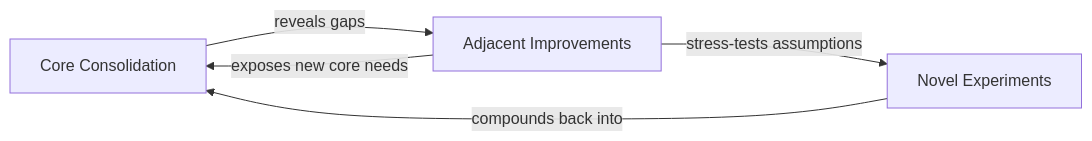
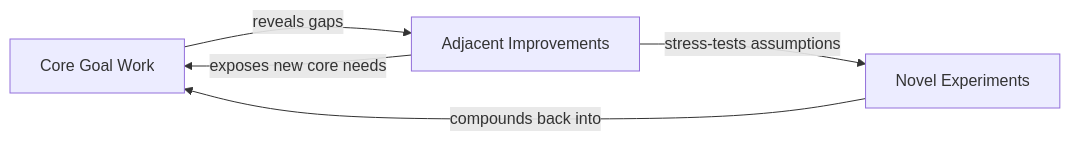
The second of 3 diagrams in docs/flows/emergent-refinement.md (kalem-edlin/all-hands-cli), drawn with Mermaid before and after one commit. The commit also changed other lines of this file and 17 other files, not shown here.

````diff
--- a/docs/flows/emergent-refinement.md
+++ b/docs/flows/emergent-refinement.md
@@ -41,7 +46,7 @@
 ```mermaid
 flowchart LR
-    CC[Core Consolidation] -->|reveals gaps| AI[Adjacent Improvements]
+    CC[Core Goal Work] -->|reveals gaps| AI[Adjacent Improvements]
     AI -->|exposes new core needs| CC
     AI -->|stress-tests assumptions| NE[Novel Experiments]
     NE -->|compounds back into| CC
 ```
````
